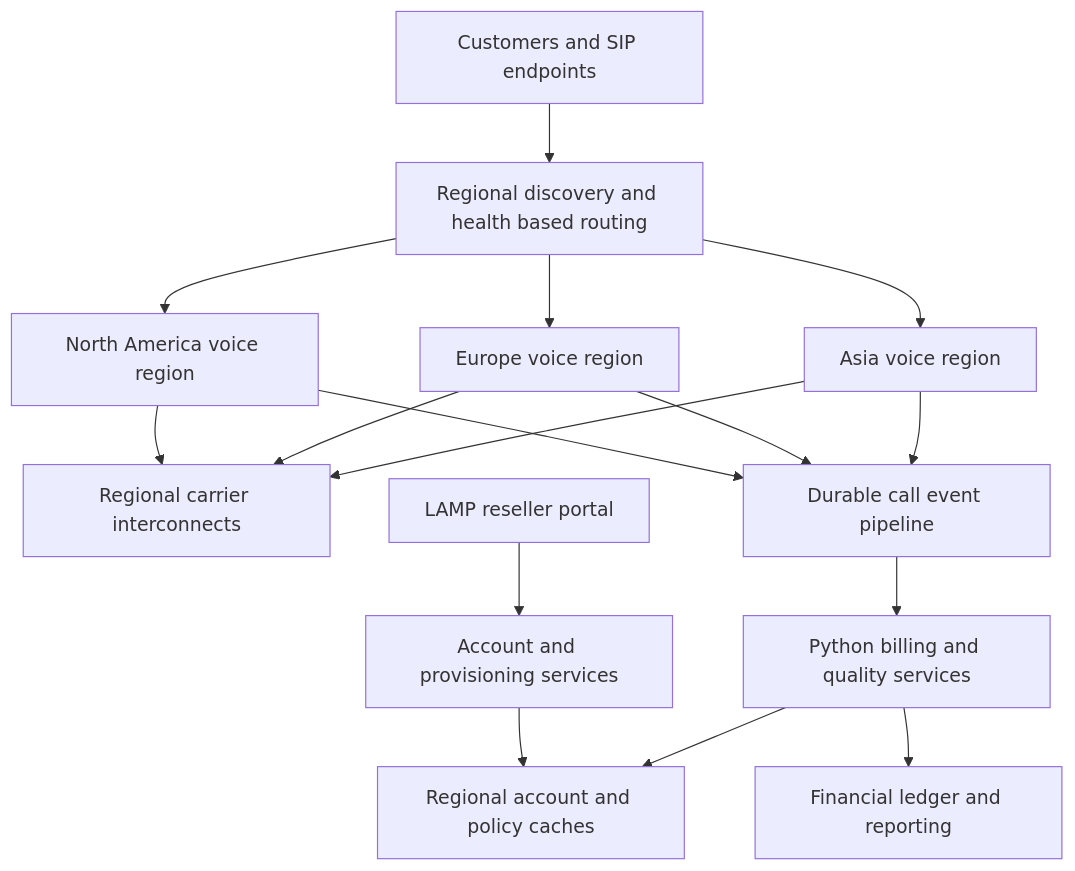
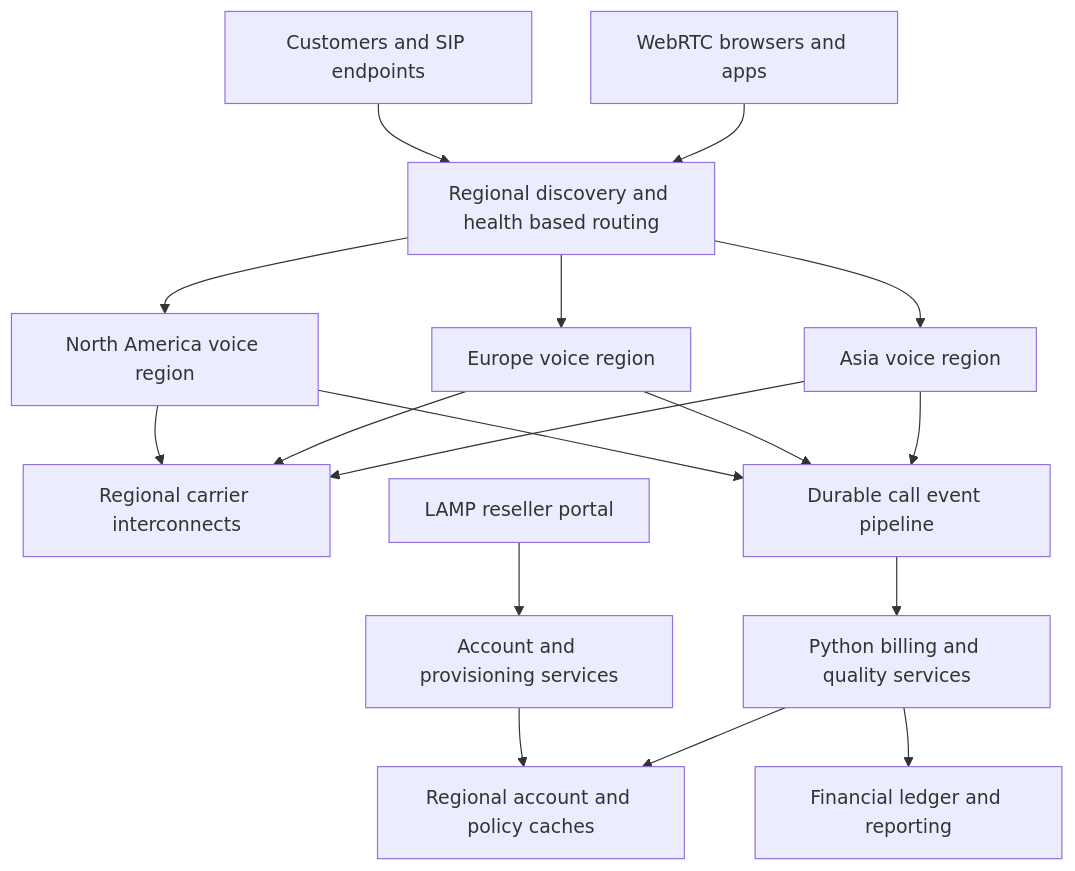
Before and after one commit to kchan1028/system-design-lab: the diagram in src/global-voice-platform.md, drawn with Mermaid. The commit also changed other lines of this file and 4 other files, not shown here.

First line of the commit message:
Add WebRTC clients to the Open Source Voice Platform study (#22)

````diff
--- a/src/global-voice-platform.md
+++ b/src/global-voice-platform.md
@@ -43,22 +44,23 @@
 ```mermaid
 flowchart TB
     U[Customers and SIP endpoints] --> G[Regional discovery and health based routing]
+    W[WebRTC browsers and apps] --> G
 
     G --> NA[North America voice region]
     G --> EU[Europe voice region]
     G --> AS[Asia voice region]
 
     NA --> C[Regional carrier interconnects]
     EU --> C
     AS --> C
 
     P[LAMP reseller portal] --> A[Account and provisioning services]
     A --> R[Regional account and policy caches]
 
     B[Python billing and quality services] --> R
     NA --> E[Durable call event pipeline]
     EU --> E
     AS --> E
     E --> B
     B --> L[Financial ledger and reporting]
 ```
````
